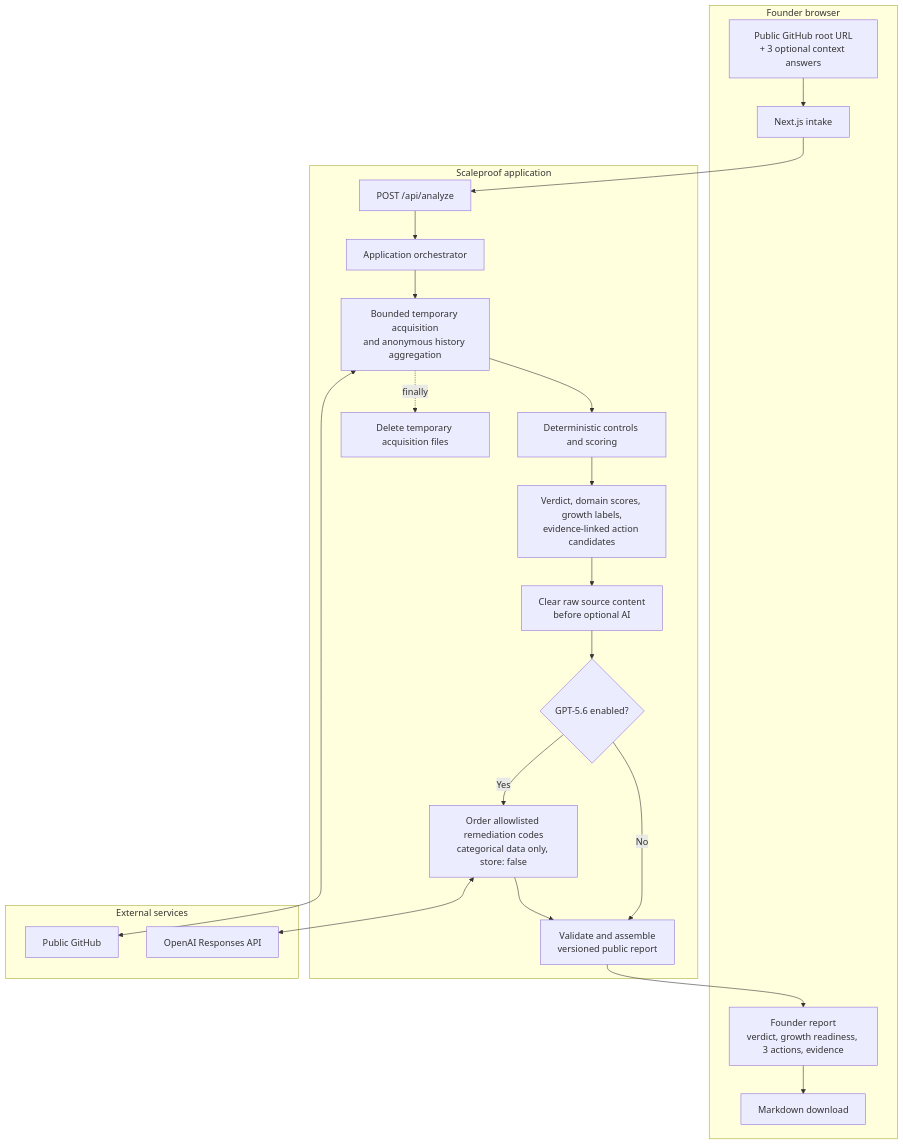
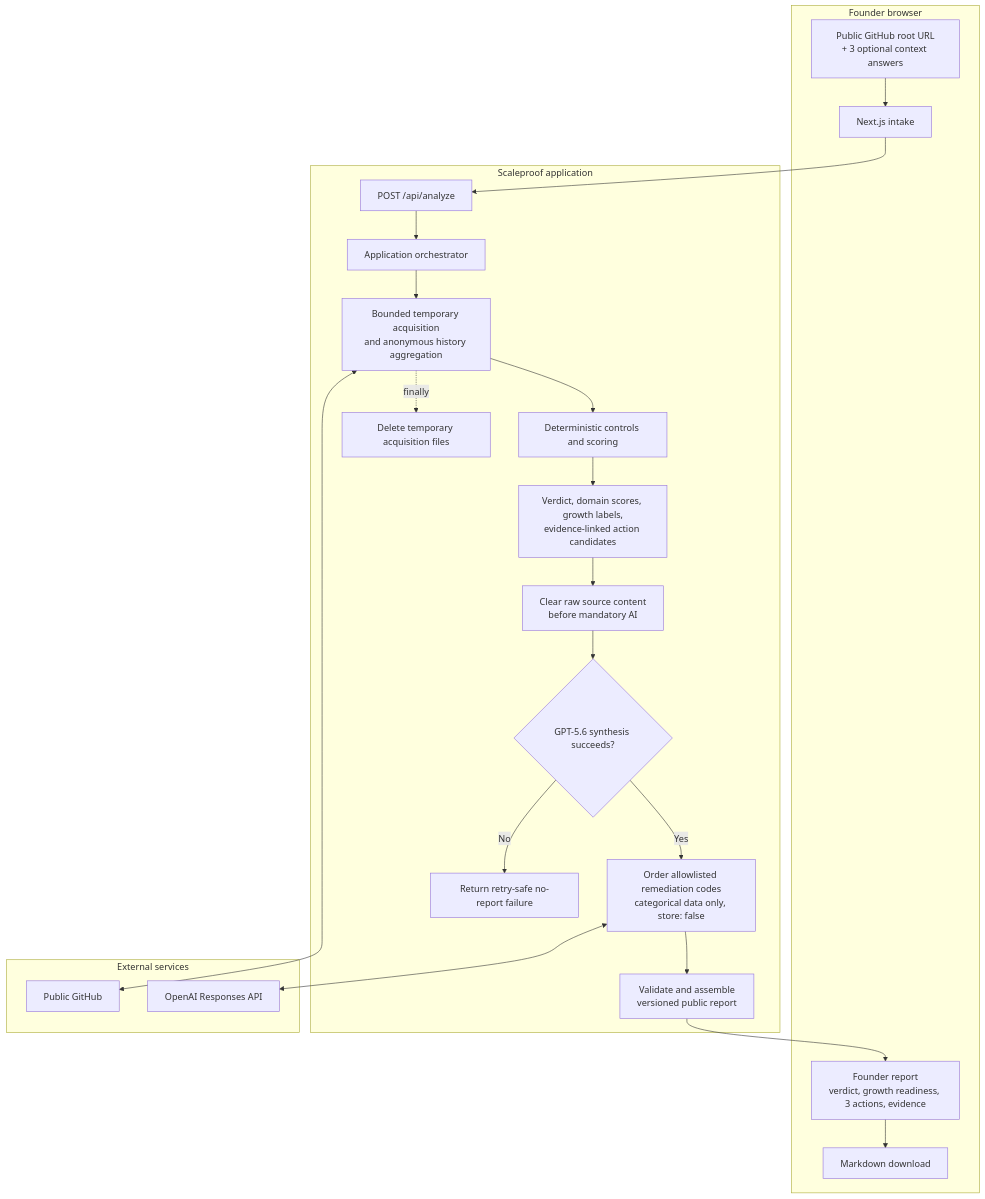
One commit to jozefant/scaleproof changed the diagram in README.md. Above: the diagram before and after it, drawn with Mermaid. The commit also changed other lines of this file and 15 other files, not shown here.

Commit message:
complete mandatory synthesis retries

````diff
--- a/README.md
+++ b/README.md
@@ -115,39 +118,40 @@
 ```mermaid
 flowchart TD
     subgraph Browser["Founder browser"]
         A["Public GitHub root URL<br/>+ 3 optional context answers"]
         B["Next.js intake"]
         K["Founder report<br/>verdict, growth readiness, 3 actions, evidence"]
         L["Markdown download"]
         A --> B
         K --> L
     end
 
     subgraph Scaleproof["Scaleproof application"]
         C["POST /api/analyze"]
         D["Application orchestrator"]
         E["Bounded temporary acquisition<br/>and anonymous history aggregation"]
         F["Deterministic controls and scoring"]
         G["Verdict, domain scores, growth labels,<br/>evidence-linked action candidates"]
-        N["Clear raw source content<br/>before optional AI"]
-        H{"GPT-5.6 enabled?"}
+        N["Clear raw source content<br/>before mandatory AI"]
+        H{"GPT-5.6 synthesis succeeds?"}
         I["Order allowlisted remediation codes<br/>categorical data only, store: false"]
         J["Validate and assemble<br/>versioned public report"]
+        Q["Return retry-safe no-report failure"]
         M["Delete temporary acquisition files"]
 
         C --> D --> E --> F --> G --> N --> H
-        H -- No --> J
+        H -- No --> Q
         H -- Yes --> I --> J
         E -. finally .-> M
     end
 
     subgraph External["External services"]
         GH["Public GitHub"]
         OAI["OpenAI Responses API"]
     end
 
     B --> C
     E <--> GH
     I <--> OAI
     J --> K
 ```
````
